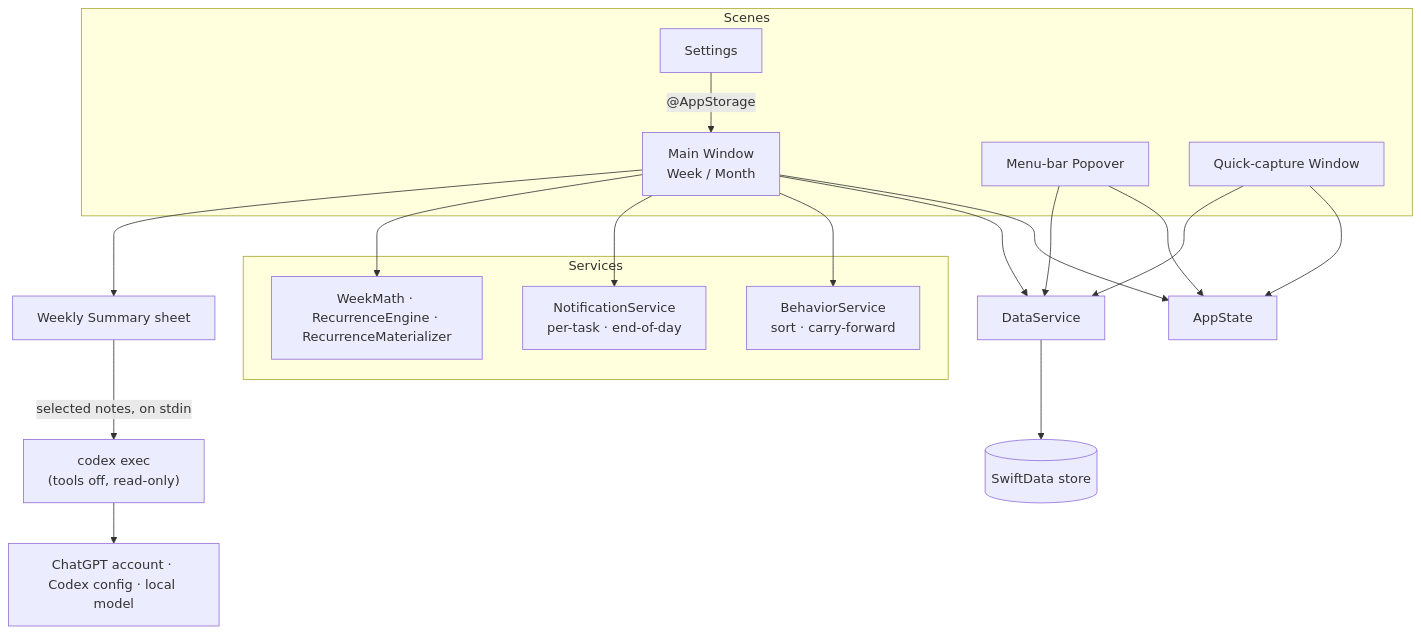
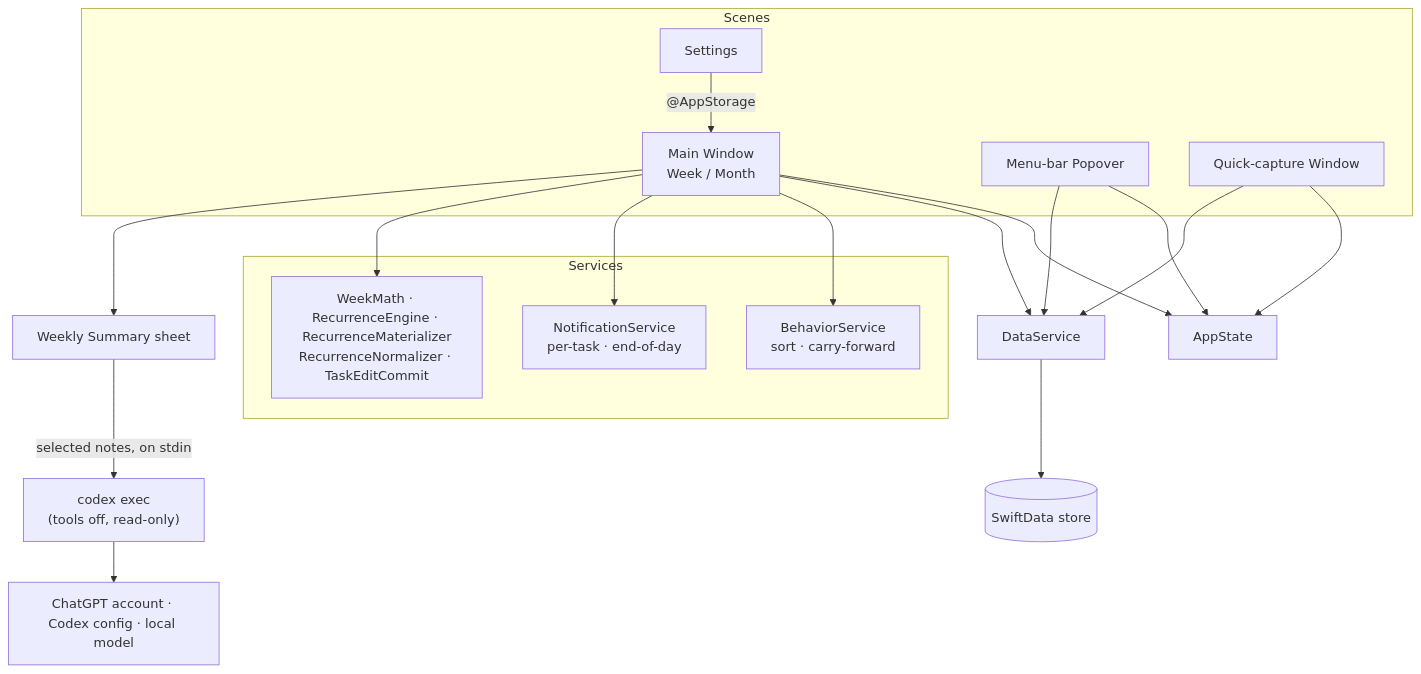
The diagram in README.md (nikhilkomakula/ticky-task), drawn with Mermaid before and after one commit. The commit also changed other lines of this file and 74 other files, not shown here.

````diff
--- a/README.md
+++ b/README.md
@@ -62,24 +69,24 @@
 ```mermaid
 flowchart TD
     subgraph Scenes
         MW["Main Window<br/>Week / Month"]
         MB[Menu-bar Popover]
         QC[Quick-capture Window]
         ST[Settings]
     end
     MW & MB & QC --> AS[AppState]
     MW & MB & QC --> DS[DataService]
     DS --> SD[(SwiftData store)]
     subgraph Services
         BEH["BehaviorService<br/>sort · carry-forward"]
         NOT["NotificationService<br/>per-task · end-of-day"]
-        WM["WeekMath · RecurrenceEngine · RecurrenceMaterializer"]
+        WM["WeekMath · RecurrenceEngine · RecurrenceMaterializer<br/>RecurrenceNormalizer · TaskEditCommit"]
     end
     MW --> BEH
     MW --> NOT
     MW --> WM
     ST -->|"@AppStorage"| MW
     MW --> WS["Weekly Summary sheet"]
     WS -->|"selected notes, on stdin"| CX["codex exec<br/>(tools off, read-only)"]
     CX --> AI["ChatGPT account · Codex config · local model"]
 ```
````
